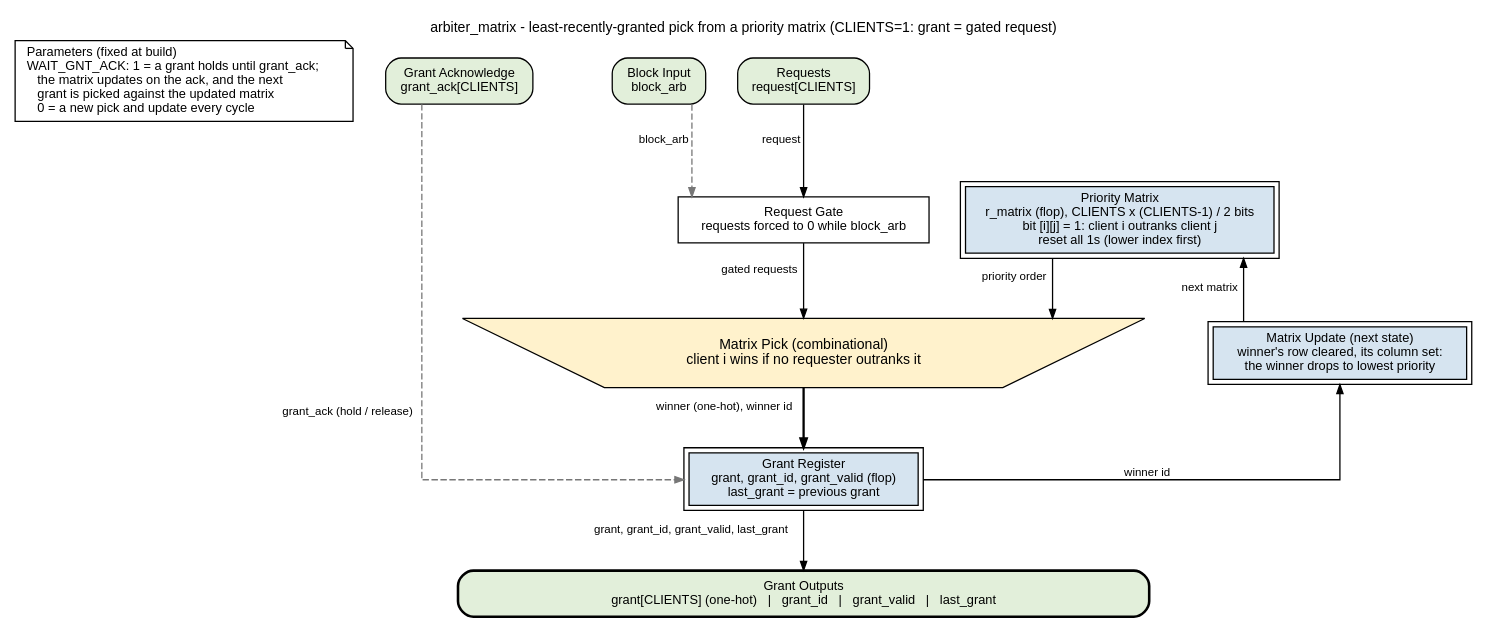
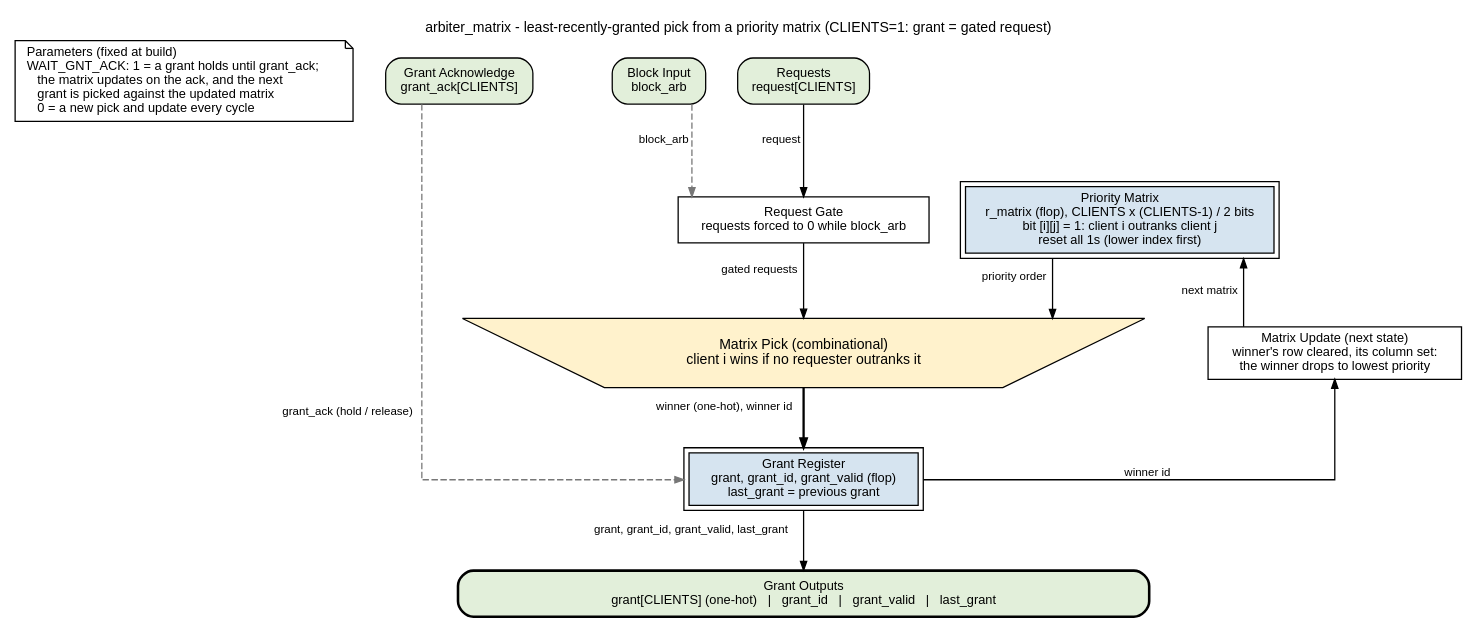
One commit to sean-galloway/RTLDesignSherpa changed the diagram in docs/markdown/assets/rtl-common/graphviz/arbiter_matrix.dot. Above: the diagram before and after it, drawn with Graphviz. The commit also changed 85 other files, not shown here.

```diff
--- a/docs/markdown/assets/rtl-common/graphviz/arbiter_matrix.dot
+++ b/docs/markdown/assets/rtl-common/graphviz/arbiter_matrix.dot
@@ -1,63 +1,63 @@
 // arbiter_matrix block diagram - house style
 // (vault/handbook/authoring/block-diagrams.md). Template: arbiter_round_robin.
 // Flows:
 //   requests  - top-down the center: Requests -> gate -> matrix pick
 //               (trapezium) -> grant register -> outputs bar
 //   priority  - the priority matrix register feeds the pick from the right;
 //               the winner id climbs the RIGHT edge into the matrix update
 //               (winner drops to lowest priority) and back into the register
 //   sideband  - block_arb, grant_ack: dashed
 // CLIENTS=1 collapses to grant = gated request; noted in the title.
 // Source of truth: rtl/common/arbiter_matrix.sv.
 digraph arbiter_matrix {
     graph [rankdir=TB, bgcolor="white", fontname="Helvetica", fontsize=11,
            nodesep="0.35", ranksep="0.65", splines=ortho, newrank=true,
            label="arbiter_matrix - least-recently-granted pick from a priority matrix (CLIENTS=1: grant = gated request)",
            labelloc=t, labeljust=c];
     node  [fontname="Helvetica", fontsize=10, shape=box, style=filled,
            fillcolor="white", color="black", margin="0.12,0.06"];
     edge  [fontname="Helvetica", fontsize=9, color="black", arrowsize=0.7];
 
     // ---- external inputs (white) ----
     prm  [label="Parameters (fixed at build)\lWAIT_GNT_ACK: 1 = a grant holds until grant_ack;\l    the matrix updates on the ack, and the next\l    grant is picked against the updated matrix\l    0 = a new pick and update every cycle\l", fillcolor="white", shape=note];
     ack  [label="Grant Acknowledge\ngrant_ack[CLIENTS]", fillcolor="white", style="rounded,filled", fillcolor="#E2EFDA"];
     blk  [label="Block Input\nblock_arb", fillcolor="white", style="rounded,filled", fillcolor="#E2EFDA"];
     req  [group=C, label="Requests\nrequest[CLIENTS]", fillcolor="white", style="rounded,filled", fillcolor="#E2EFDA"];
 
     // ---- logic ----
     gate [group=C, label="Request Gate\nrequests forced to 0 while block_arb", style="filled", fillcolor="white"];
     mreg [label="Priority Matrix\nr_matrix (flop), CLIENTS x (CLIENTS-1) / 2 bits\nbit [i][j] = 1: client i outranks client j\nreset all 1s (lower index first)", peripheries=2, style="filled", fillcolor="#D6E4F0"];
     pick [group=C, label="Matrix Pick (combinational)\nclient i wins if no requester outranks it",
           shape=invtrapezium, width=7.4, height=0.75, fixedsize=true, fillcolor="#BFD7EE", fontsize=11, style="filled", fillcolor="#FFF2CC"];
     greg [group=C, label="Grant Register\ngrant, grant_id, grant_valid (flop)\nlast_grant = previous grant", peripheries=2, style="filled", fillcolor="#D6E4F0"];
-    mupd [group=M, label="Matrix Update (next state)\nwinner's row cleared, its column set:\nthe winner drops to lowest priority", peripheries=2, style="filled", fillcolor="#D6E4F0"];
+    mupd [group=M, label="Matrix Update (next state)\nwinner's row cleared, its column set:\nthe winner drops to lowest priority", style="filled", fillcolor="white"];
 
     // ---- the boundary bar: outputs ----
     outs [group=C, label="Grant Outputs\ngrant[CLIENTS] (one-hot)   |   grant_id   |   grant_valid   |   last_grant",
           fillcolor="white", width=7.5, style="rounded,filled,bold", fillcolor="#E2EFDA"];
 
     // ---- main flow ----
     req  -> gate [xlabel="request"];
     gate -> pick [xlabel="gated requests"];
     mreg -> pick [xlabel="priority order"];
     pick -> greg [xlabel="winner (one-hot), winner id", penwidth=1.8];
     greg -> outs [xlabel="grant, grant_id, grant_valid, last_grant"];
 
     // ---- matrix feedback: winner id up the right edge ----
     greg -> mupd [xlabel="winner id"];
     mupd -> mreg [xlabel="next matrix"];
 
     // ---- sideband (dashed) ----
     blk -> gate [style=dashed, color="#777777", xlabel="block_arb"];
     ack -> greg [style=dashed, color="#777777", xlabel="grant_ack (hold / release)"];
 
     // ---- rank pinning ----
     { rank=same; prm; ack; blk; req; }
     { rank=same; gate; mreg; }
     { rank=same; pick; mupd; }
     { rank=same; greg; }
     { rank=max; outs; }
     prm -> ack -> blk -> req [style=invis];
     gate -> mreg [style=invis, minlen=1];
     pick -> mupd [style=invis, minlen=2];
 }
```
